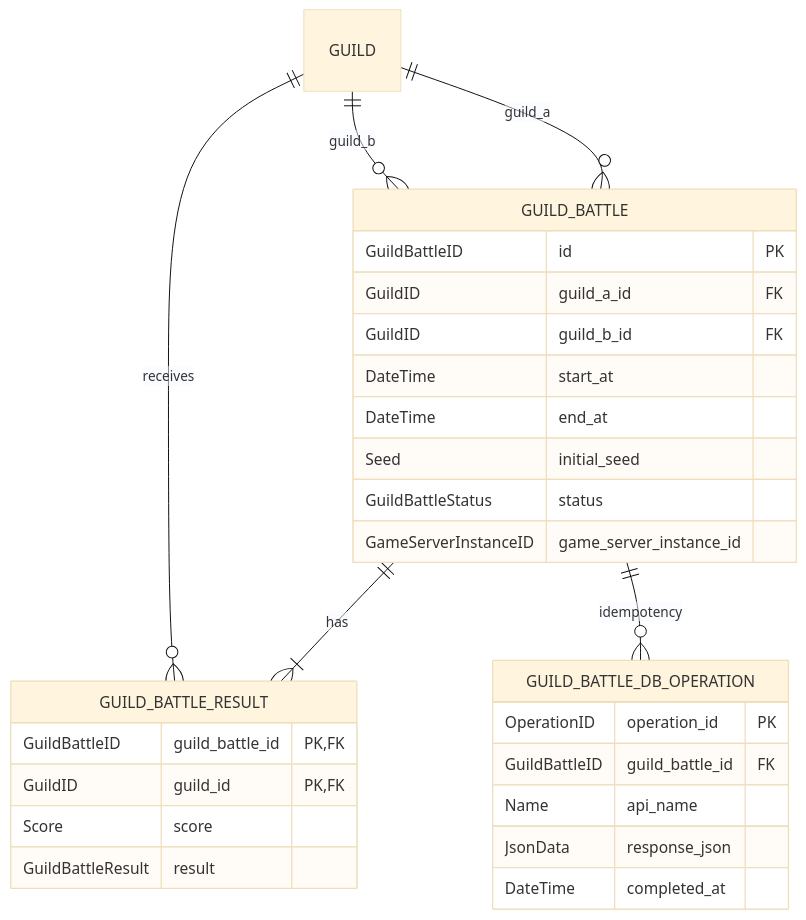
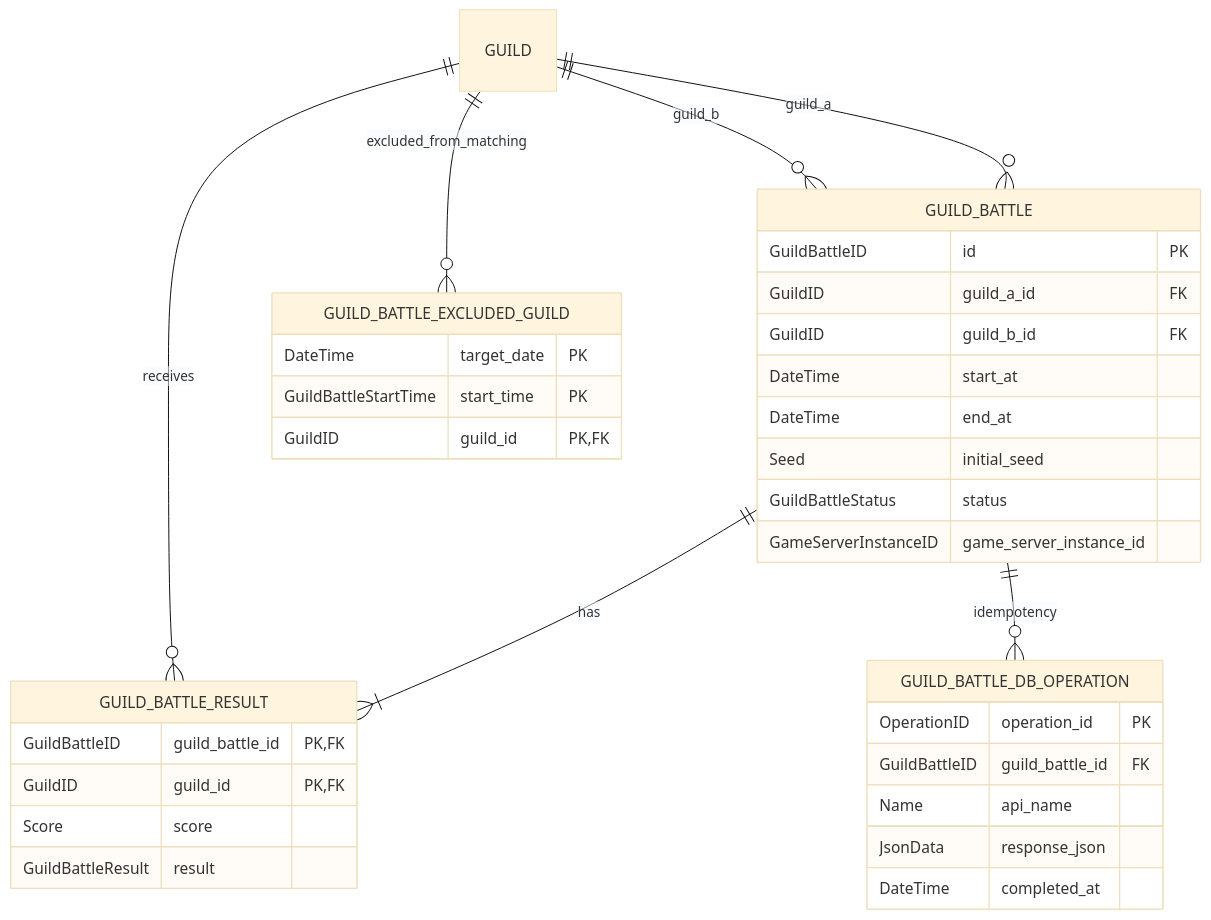
One commit to ReHydrangeaOdyssey/Specifications changed the fifth of 8 diagrams in design/server/data_base.md. Above: the diagram before and after it, drawn with Mermaid (base theme). The commit also changed other lines of this file and 18 other files, not shown here.

````diff
--- a/design/server/data_base.md
+++ b/design/server/data_base.md
@@ -376,34 +384,41 @@
 ```mermaid
 erDiagram
     GUILD_BATTLE {
         GuildBattleID id PK
         GuildID guild_a_id FK
         GuildID guild_b_id FK
         DateTime start_at
         DateTime end_at
         Seed initial_seed
         GuildBattleStatus status
         GameServerInstanceID game_server_instance_id
     }
 
     GUILD_BATTLE_RESULT {
         GuildBattleID guild_battle_id PK, FK
         GuildID guild_id PK, FK
         Score score
         GuildBattleResult result
     }
 
     GUILD_BATTLE_DB_OPERATION {
         OperationID operation_id PK
         GuildBattleID guild_battle_id FK
         Name api_name
         JsonData response_json
         DateTime completed_at
     }
 
+    GUILD_BATTLE_EXCLUDED_GUILD {
+        DateTime target_date PK
+        GuildBattleStartTime start_time PK
+        GuildID guild_id PK, FK
+    }
+
     GUILD ||--o{ GUILD_BATTLE : guild_a
     GUILD ||--o{ GUILD_BATTLE : guild_b
     GUILD_BATTLE ||--|{ GUILD_BATTLE_RESULT : has
     GUILD ||--o{ GUILD_BATTLE_RESULT : receives
     GUILD_BATTLE ||--o{ GUILD_BATTLE_DB_OPERATION : idempotency
+    GUILD ||--o{ GUILD_BATTLE_EXCLUDED_GUILD : excluded_from_matching
 ```
````
